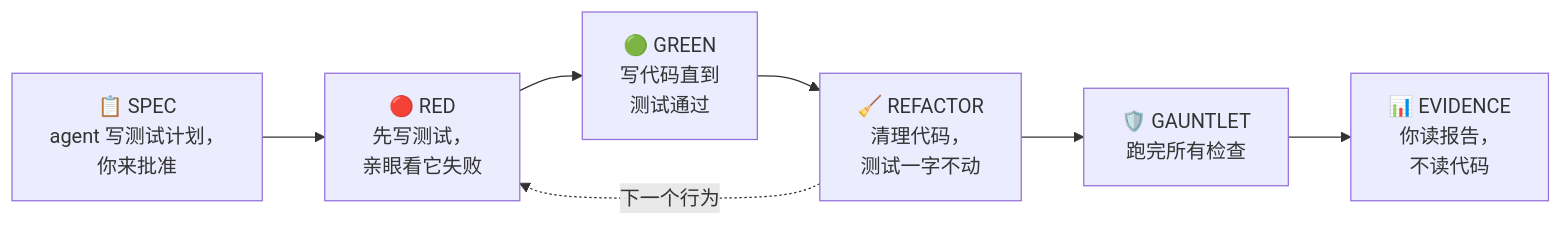
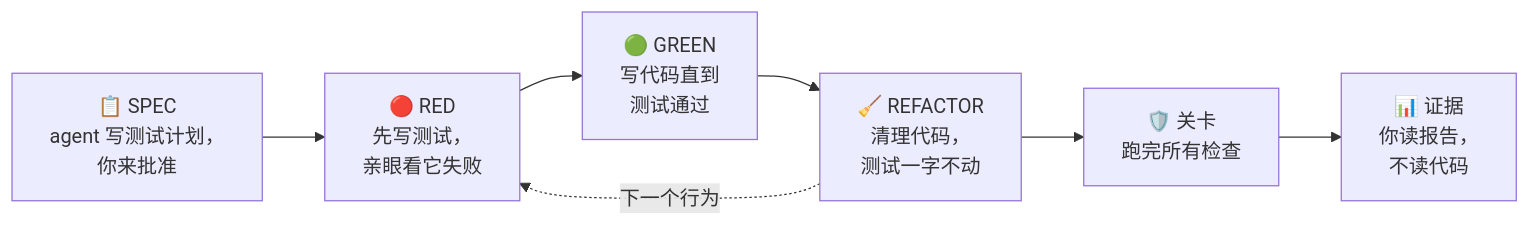
One commit to AmazingAng/old-coder changed the diagram in README-zh.md. Above: the diagram before and after it, drawn with Mermaid. The commit also changed other lines of this file and 10 other files, not shown here.

````diff
--- a/README-zh.md
+++ b/README-zh.md
@@ -35,11 +39,11 @@
 ```mermaid
 flowchart LR
     SPEC["📋 SPEC<br/>agent 写测试计划，<br/>你来批准"]
     RED["🔴 RED<br/>先写测试，<br/>亲眼看它失败"]
     GREEN["🟢 GREEN<br/>写代码直到<br/>测试通过"]
     REF["🧹 REFACTOR<br/>清理代码，<br/>测试一字不动"]
-    G["🛡️ GAUNTLET<br/>跑完所有检查"]
-    EV["📊 EVIDENCE<br/>你读报告，<br/>不读代码"]
+    G["🛡️ 关卡<br/>跑完所有检查"]
+    EV["📊 证据<br/>你读报告，<br/>不读代码"]
     SPEC --> RED --> GREEN --> REF --> G --> EV
     REF -. 下一个行为 .-> RED
 ```
````
